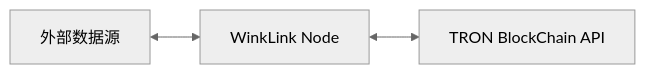
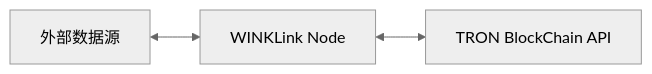
Before and after one commit to wink-link/winklink-doc: the first of 3 diagrams in docs/architecture.md, drawn with Mermaid (neutral theme). The commit also changed other lines of this file and 10 other files, not shown here.

Commit message:
rename WinkLink as WINKLink

````diff
--- a/docs/architecture.md
+++ b/docs/architecture.md
@@ -6,4 +6,4 @@
 ```mermaid
 flowchart LR
-    外部数据源 <--> B[WinkLink Node] <--> C[TRON BlockChain API]
+    外部数据源 <--> B[WINKLink Node] <--> C[TRON BlockChain API]
 ```
````
